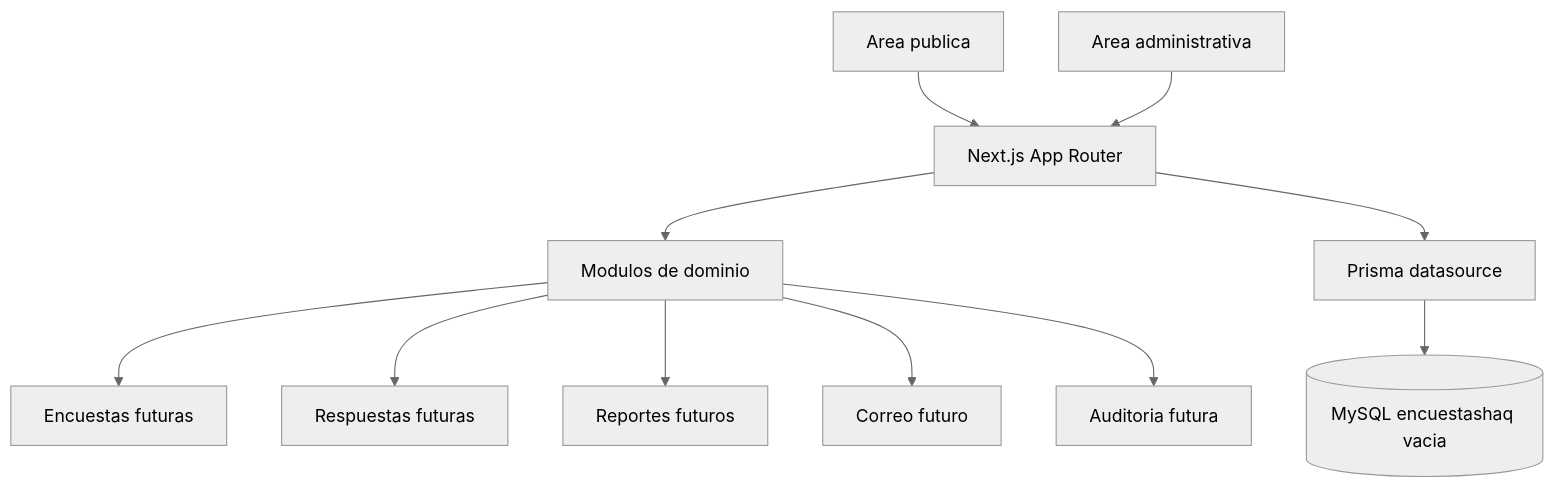
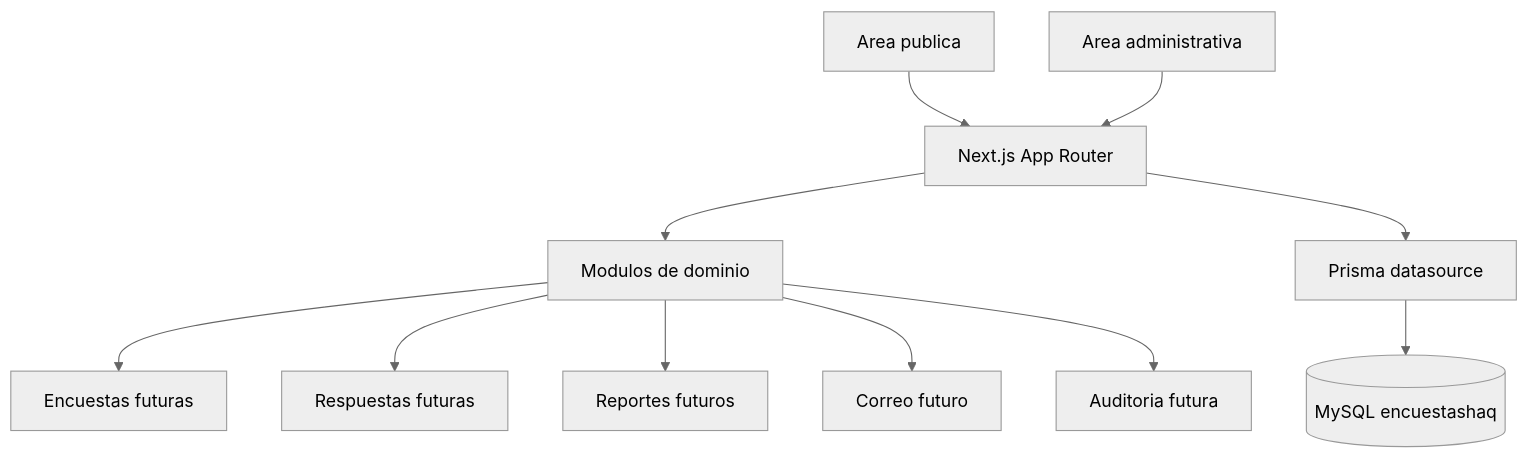
Before and after one commit to xThunderking/encuestahaq: the diagram in docs/architecture.md, drawn with Mermaid (neutral theme). The commit also changed other lines of this file and 28 other files, not shown here.

````diff
--- a/docs/architecture.md
+++ b/docs/architecture.md
@@ -55,13 +55,13 @@
 ```mermaid
 flowchart TD
   Publica[Area publica] --> AppRouter[Next.js App Router]
   Admin[Area administrativa] --> AppRouter
   AppRouter --> Modules[Modulos de dominio]
   Modules --> Surveys[Encuestas futuras]
   Modules --> Responses[Respuestas futuras]
   Modules --> Reports[Reportes futuros]
   Modules --> Email[Correo futuro]
   Modules --> Audit[Auditoria futura]
   AppRouter --> Prisma[Prisma datasource]
-  Prisma --> MySQL[(MySQL encuestashaq vacia)]
+  Prisma --> MySQL[(MySQL encuestashaq)]
 ```
````
